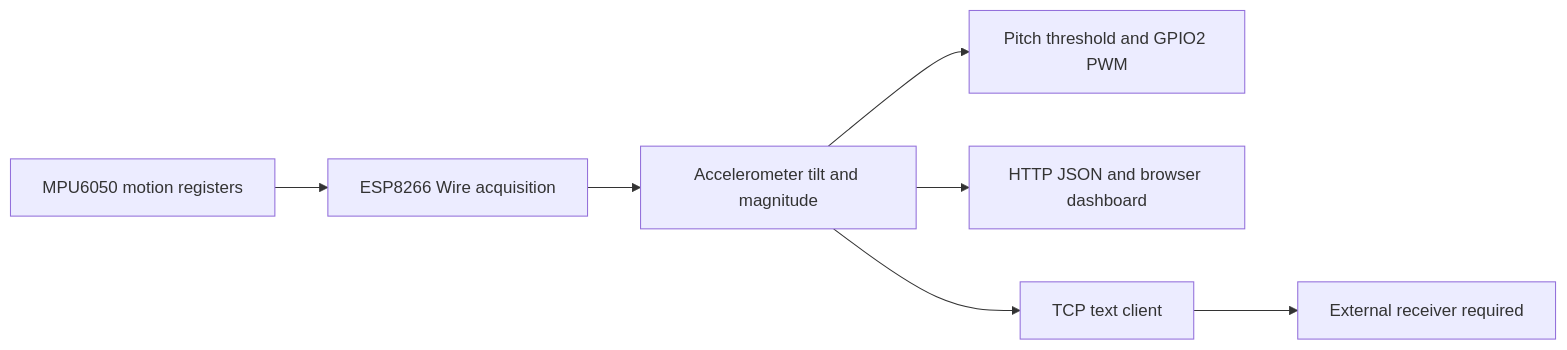
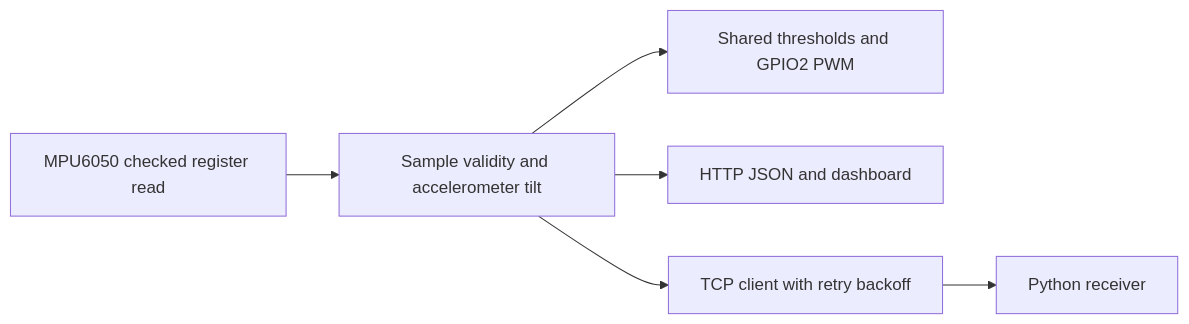
One commit to DongFengPo1412/Fabric-Electronics-Based-Wearable-Posture-Sensing-System changed the diagram in README.md. Above: the diagram before and after it, drawn with Mermaid. The commit also changed other lines of this file and 19 other files, not shown here.

````diff
--- a/README.md
+++ b/README.md
@@ -23,9 +19,8 @@
 ```mermaid
 flowchart LR
- I[MPU6050 motion registers] --> W[ESP8266 Wire acquisition]
- W --> T[Accelerometer tilt and magnitude]
- T --> L[Pitch threshold and GPIO2 PWM]
- T --> H[HTTP JSON and browser dashboard]
- T --> C[TCP text client]
- C --> R[External receiver required]
+ I[MPU6050 checked register read] --> V[Sample validity and accelerometer tilt]
+ V --> L[Shared thresholds and GPIO2 PWM]
+ V --> H[HTTP JSON and dashboard]
+ V --> C[TCP client with retry backoff]
+ C --> R[Python receiver]
 ```
````
